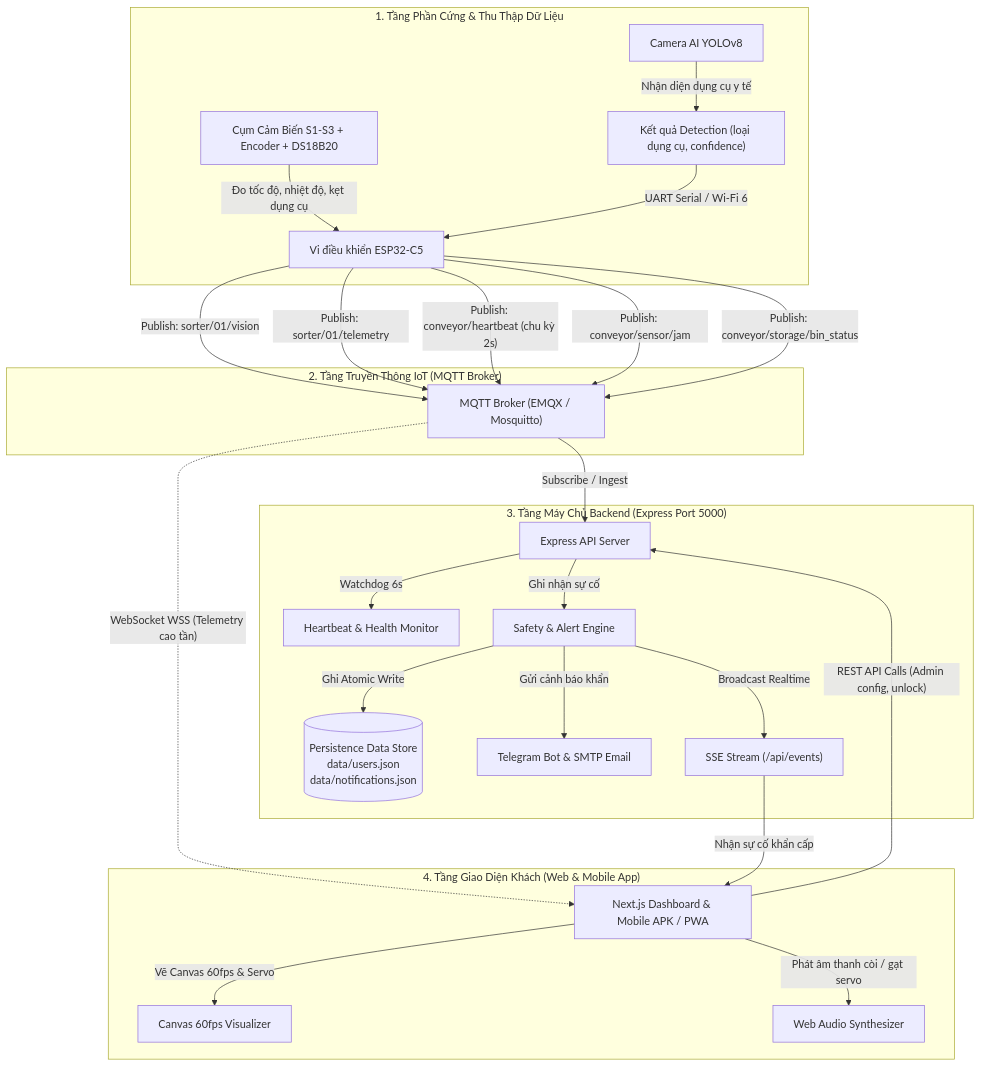
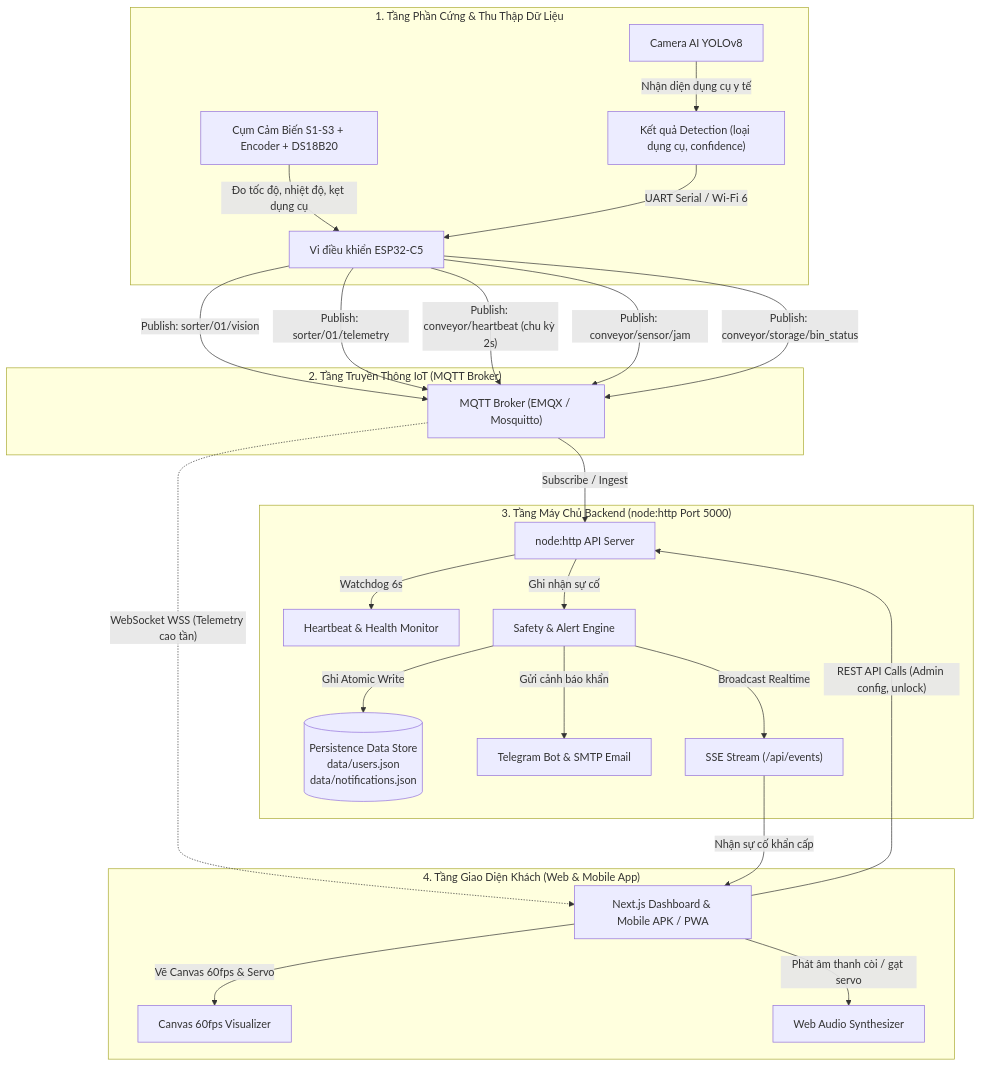
One commit to duyphong375/SortiX-Dashboard changed the first of 6 diagrams in README.md. Above: the diagram before and after it, drawn with Mermaid. The commit also changed other lines of this file and 33 other files, not shown here.

````diff
--- a/README.md
+++ b/README.md
@@ -152,33 +205,33 @@
 ```mermaid
 flowchart TD
     subgraph HARDWARE_LAYER["1. Tầng Phần Cứng & Thu Thập Dữ Liệu"]
         CAM["Camera AI YOLOv8"] -->|"Nhận diện dụng cụ y tế"| DETECT["Kết quả Detection (loại dụng cụ, confidence)"]
         SENSORS["Cụm Cảm Biến S1-S3 + Encoder + DS18B20"] -->|"Đo tốc độ, nhiệt độ, kẹt dụng cụ"| ESP32["Vi điều khiển ESP32-C5"]
         DETECT -->|"UART Serial / Wi-Fi 6"| ESP32
     end
 
     subgraph IOT_COMMUNICATION["2. Tầng Truyền Thông IoT (MQTT Broker)"]
         ESP32 -->|"Publish: sorter/01/vision"| BROKER["MQTT Broker (EMQX / Mosquitto)"]
         ESP32 -->|"Publish: sorter/01/telemetry"| BROKER
         ESP32 -->|"Publish: conveyor/heartbeat (chu kỳ 2s)"| BROKER
         ESP32 -->|"Publish: conveyor/sensor/jam"| BROKER
         ESP32 -->|"Publish: conveyor/storage/bin_status"| BROKER
     end
 
-    subgraph SERVER_LAYER["3. Tầng Máy Chủ Backend (Express Port 5000)"]
-        BROKER -->|"Subscribe / Ingest"| BACKEND["Express API Server"]
+    subgraph SERVER_LAYER["3. Tầng Máy Chủ Backend (node:http Port 5000)"]
+        BROKER -->|"Subscribe / Ingest"| BACKEND["node:http API Server"]
         BACKEND -->|"Watchdog 6s"| HEARTBEAT_MONITOR["Heartbeat & Health Monitor"]
         BACKEND -->|"Ghi nhận sự cố"| SAFETY_SVC["Safety & Alert Engine"]
         SAFETY_SVC -->|"Ghi Atomic Write"| DB_STORE[("Persistence Data Store\ndata/users.json\ndata/notifications.json")]
         SAFETY_SVC -->|"Gửi cảnh báo khẩn"| ALERT_CHANNELS["Telegram Bot & SMTP Email"]
         SAFETY_SVC -->|"Broadcast Realtime"| SSE_STREAM["SSE Stream (/api/events)"]
     end
 
     subgraph CLIENT_LAYER["4. Tầng Giao Diện Khách (Web & Mobile App)"]
         BROKER -.->|"WebSocket WSS (Telemetry cao tần)"| CLIENTS["Next.js Dashboard & Mobile APK / PWA"]
         SSE_STREAM -->|"Nhận sự cố khẩn cấp"| CLIENTS
         CLIENTS -->|"Vẽ Canvas 60fps & Servo"| CANVAS["Canvas 60fps Visualizer"]
         CLIENTS -->|"Phát âm thanh còi / gạt servo"| AUDIO["Web Audio Synthesizer"]
         CLIENTS -->|"REST API Calls (Admin config, unlock)"| BACKEND
     end
 ```
````
